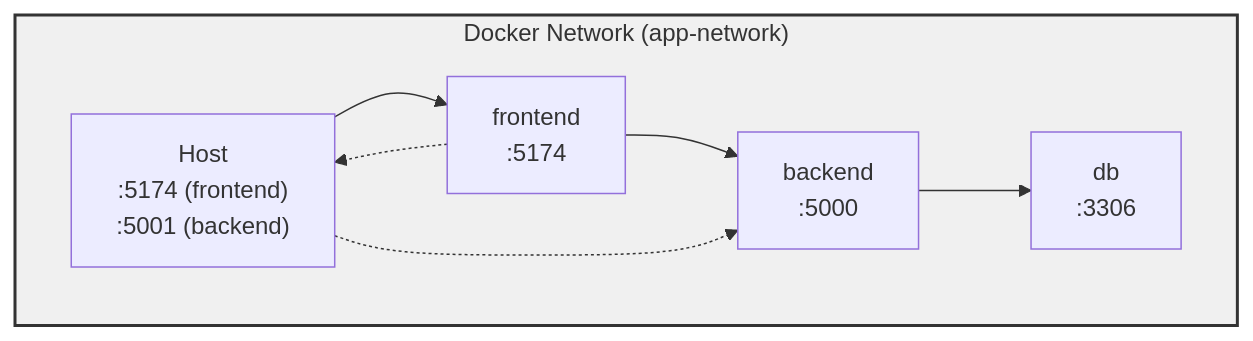
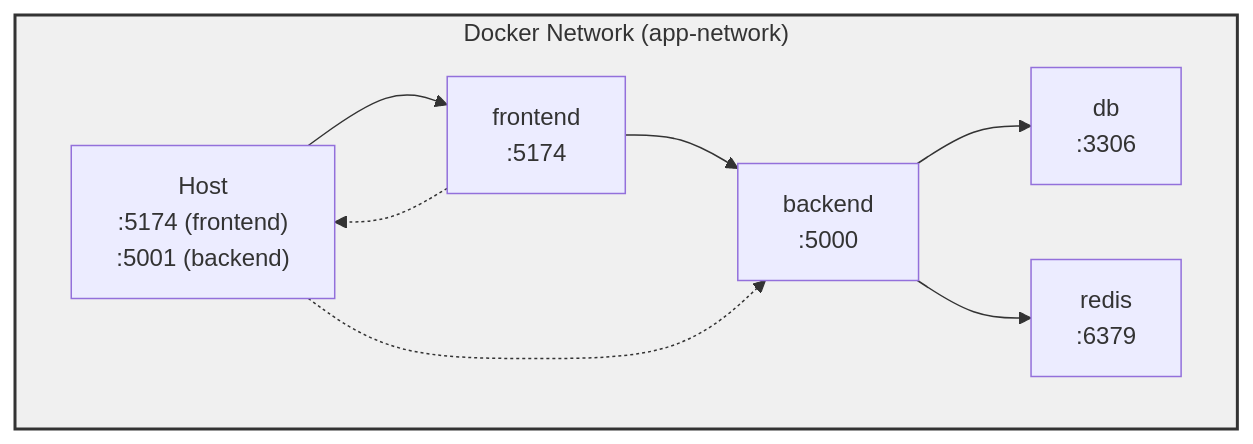
Before and after one commit to TomokiIshimine/fullstack-agent-app-with-claude: the second of 4 diagrams in docs/01_system-architecture.md, drawn with Mermaid. The commit also changed other lines of this file and 2 other files, not shown here.

````diff
--- a/docs/01_system-architecture.md
+++ b/docs/01_system-architecture.md
@@ -337,19 +337,21 @@
 ```mermaid
 graph TB
     Host["Host<br/>:5174 (frontend)<br/>:5001 (backend)"]
 
     subgraph Docker["Docker Network (app-network)"]
         Frontend["frontend<br/>:5174"]
         Backend["backend<br/>:5000"]
         DB["db<br/>:3306"]
+        Redis["redis<br/>:6379"]
 
         Frontend --> Backend
         Backend --> DB
+        Backend --> Redis
         Frontend -.-> Host
     end
 
     Host --> Frontend
     Host -.-> Backend
 
     style Docker fill:#f0f0f0,stroke:#333,stroke-width:2px
 ```
````
